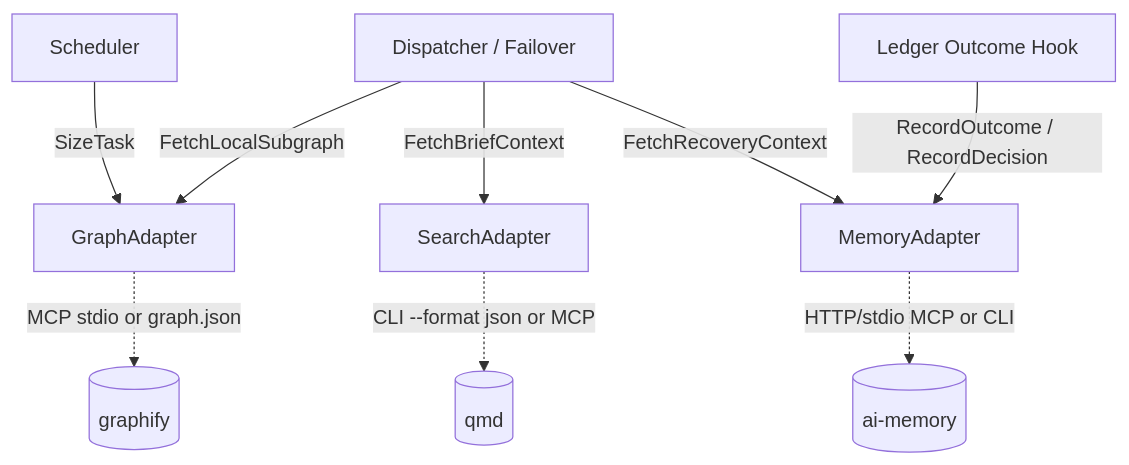
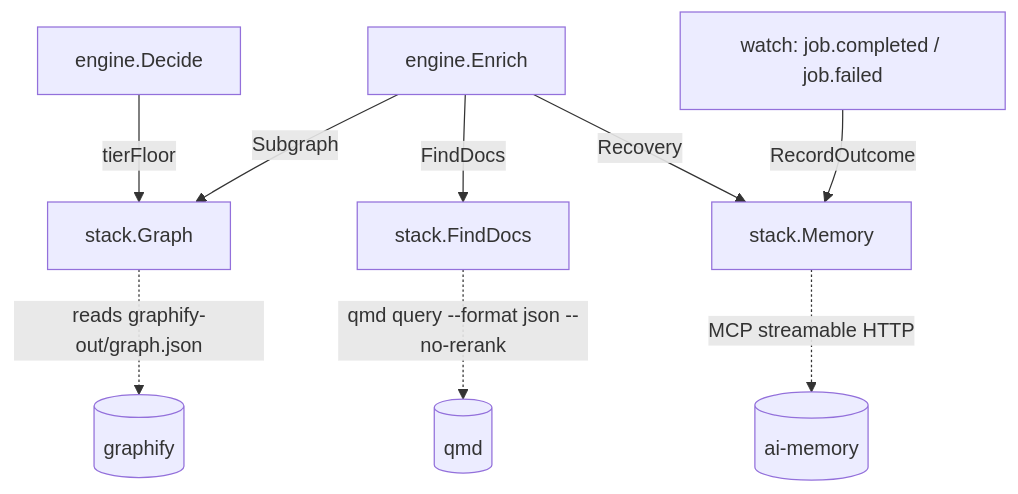
The diagram in docs/integrations.md (KurobaneShin/hiraishin), drawn with Mermaid before and after one commit. The commit also changed other lines of this file and 199 other files, not shown here.

````diff
--- a/docs/integrations.md
+++ b/docs/integrations.md
@@ -7,12 +7,12 @@
 ```mermaid
 flowchart TB
-    SC[Scheduler] -->|SizeTask| G[GraphAdapter]
-    D[Dispatcher / Failover] -->|FetchRecoveryContext| M[MemoryAdapter]
-    D -->|FetchBriefContext| Q[SearchAdapter]
-    D -->|FetchLocalSubgraph| G
-    L[Ledger Outcome Hook] -->|RecordOutcome / RecordDecision| M
+    E[engine.Decide] -->|tierFloor| G[stack.Graph]
+    P[engine.Enrich] -->|Recovery| M[stack.Memory]
+    P -->|FindDocs| Q[stack.FindDocs]
+    P -->|Subgraph| G
+    W[watch: job.completed / job.failed] -->|RecordOutcome| M
 
-    M -.->|HTTP/stdio MCP or CLI| AM[(ai-memory)]
-    Q -.->|CLI --format json or MCP| QMD[(qmd)]
-    G -.->|MCP stdio or graph.json| GR[(graphify)]
+    M -.->|MCP streamable HTTP| AM[(ai-memory)]
+    Q -.->|qmd query --format json --no-rerank| QMD[(qmd)]
+    G -.->|reads graphify-out/graph.json| GR[(graphify)]
 ```
````
